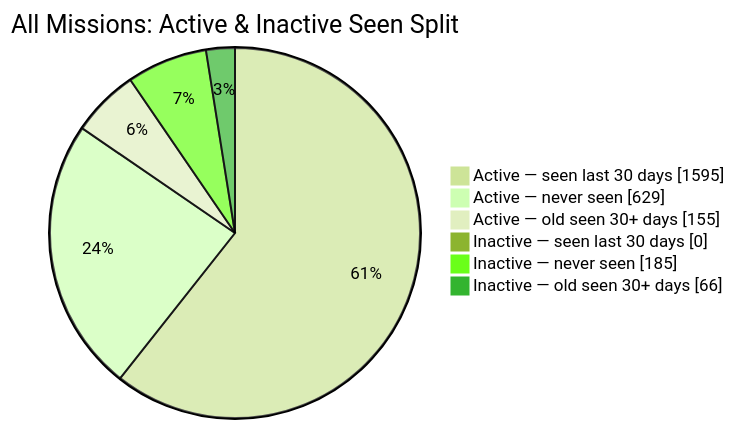
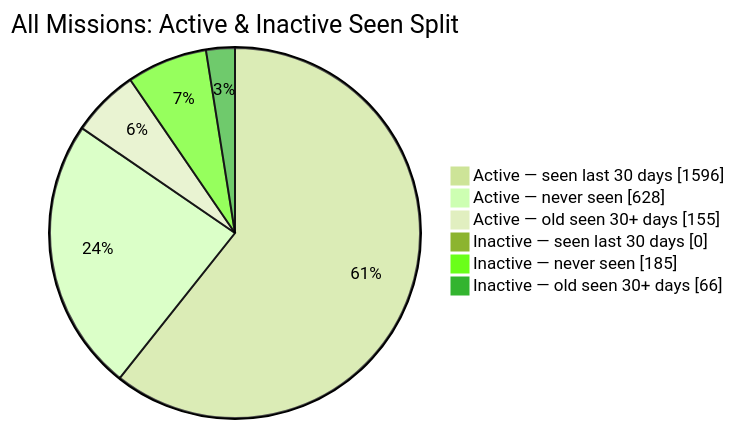
Before and after one commit to MeldkamerspelGameTeam/active-missions: the second of 2 diagrams in README.md, drawn with Mermaid (forest theme). The commit also changed other lines of this file and 3 other files, not shown here.

````diff
--- a/README.md
+++ b/README.md
@@ -44,10 +44,10 @@
 ```mermaid
 pie showData
     title All Missions: Active & Inactive Seen Split
-    "Active — seen last 30 days" : 1595
-    "Active — never seen" : 629
+    "Active — seen last 30 days" : 1596
+    "Active — never seen" : 628
     "Active — old seen 30+ days" : 155
     "Inactive — seen last 30 days" : 0
     "Inactive — never seen" : 185
     "Inactive — old seen 30+ days" : 66
 ```
````
